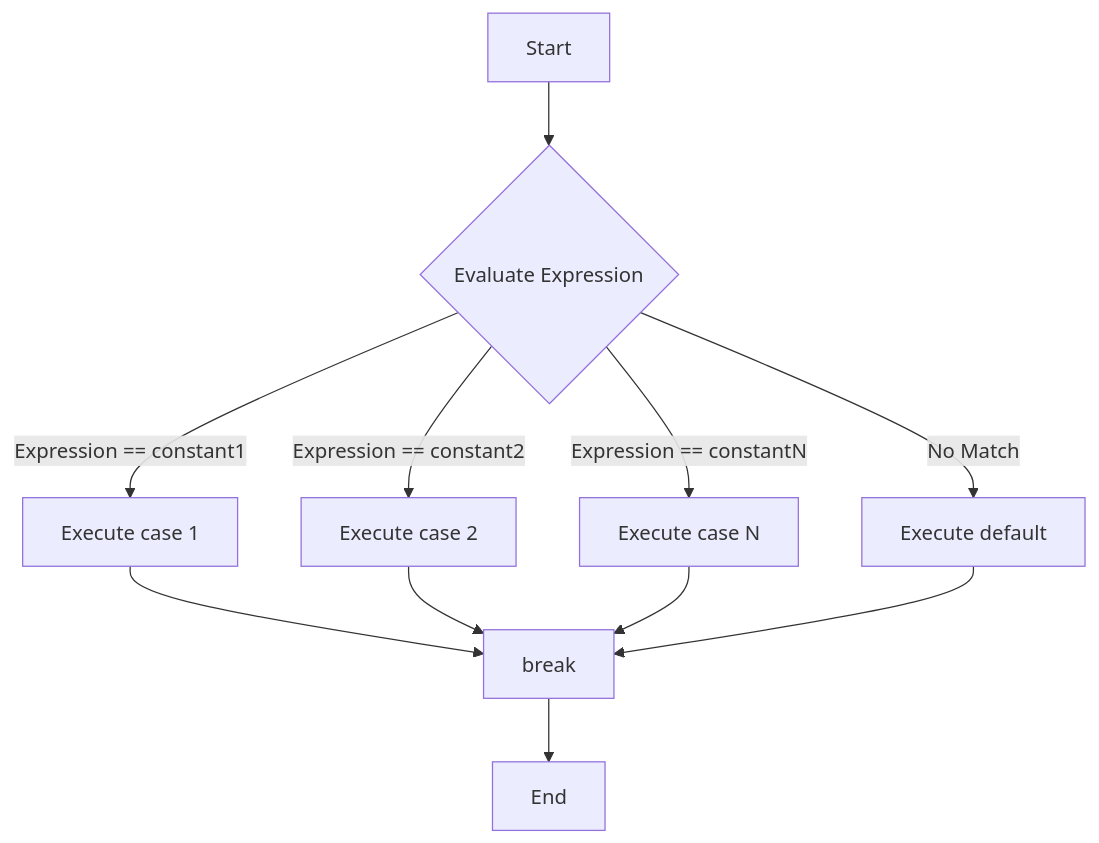
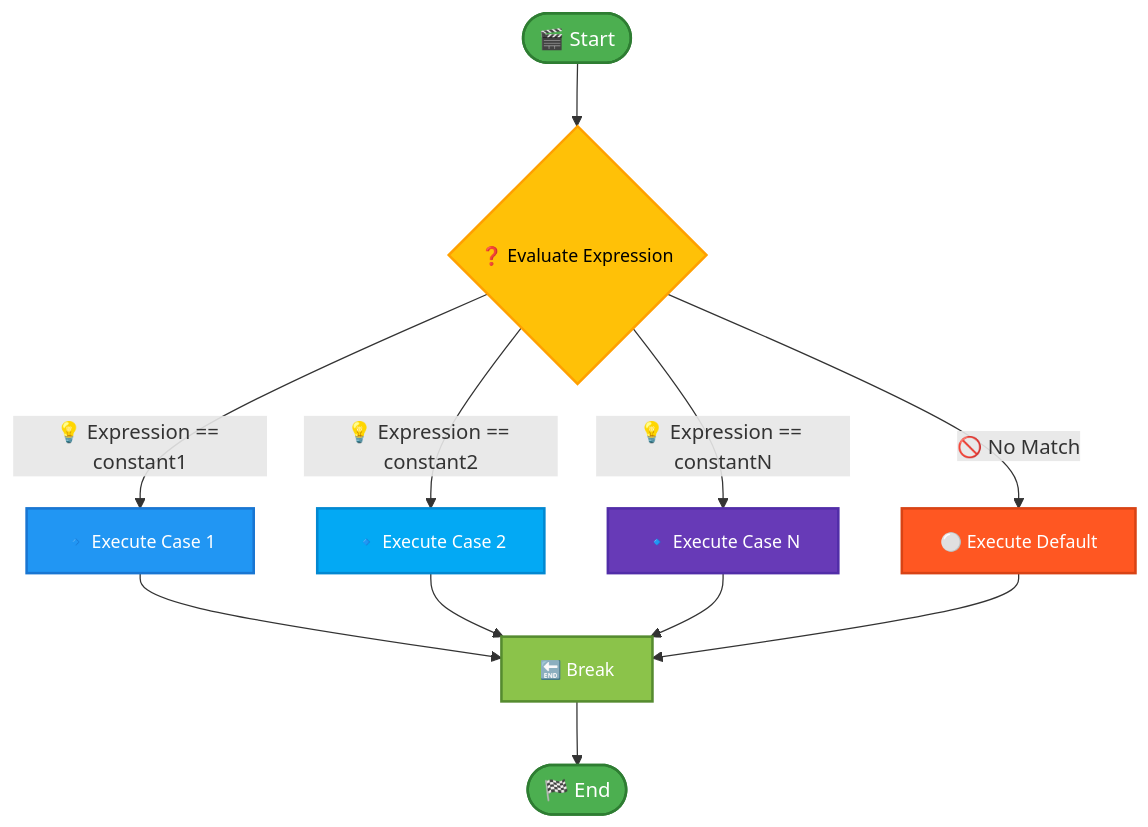
Before and after one commit to infoyouth/infoyouth.github.io: the fifth of 18 diagrams in _posts/2024-11-28-c-control-statements-decision-making.md, drawn with Mermaid. The commit also changed other lines of this file, not shown here.

````diff
--- a/_posts/2024-11-28-c-control-statements-decision-making.md
+++ b/_posts/2024-11-28-c-control-statements-decision-making.md
@@ -652,13 +739,23 @@
 ```mermaid
 graph TD
-    A[Start] --> B{Evaluate Expression};
-    B -- Expression == constant1 --> C[Execute case 1];
-    B -- Expression == constant2 --> D[Execute case 2];
-    B -- Expression == constantN --> E[Execute case N];
-    B -- No Match --> F[Execute default];
-    C --> G[break];
+    A([🎬 Start]) --> B{❓ Evaluate Expression};
+    B -- 💡 Expression == constant1 --> C[🔹 Execute Case 1];
+    B -- 💡 Expression == constant2 --> D[🔹 Execute Case 2];
+    B -- 💡 Expression == constantN --> E[🔹 Execute Case N];
+    B -- 🚫 No Match --> F[⚪ Execute Default];
+    C --> G[🔚 Break];
     D --> G;
     E --> G;
     F --> G;
-    G --> H[End];
+    G --> H([🏁 End]);
+
+    style A fill:#4CAF50,stroke:#2E7D32,stroke-width:2px,color:#FFFFFF,font-size:16px
+    style B fill:#FFC107,stroke:#FFA000,stroke-width:2px,color:#000000,font-size:14px
+    style C fill:#2196F3,stroke:#1976D2,stroke-width:2px,color:#FFFFFF,font-size:14px
+    style D fill:#03A9F4,stroke:#0288D1,stroke-width:2px,color:#FFFFFF,font-size:14px
+    style E fill:#673AB7,stroke:#512DA8,stroke-width:2px,color:#FFFFFF,font-size:14px
+    style F fill:#FF5722,stroke:#D84315,stroke-width:2px,color:#FFFFFF,font-size:14px
+    style G fill:#8BC34A,stroke:#558B2F,stroke-width:2px,color:#FFFFFF,font-size:14px
+    style H fill:#4CAF50,stroke:#2E7D32,stroke-width:2px,color:#FFFFFF,font-size:16px
+
 ```
````
